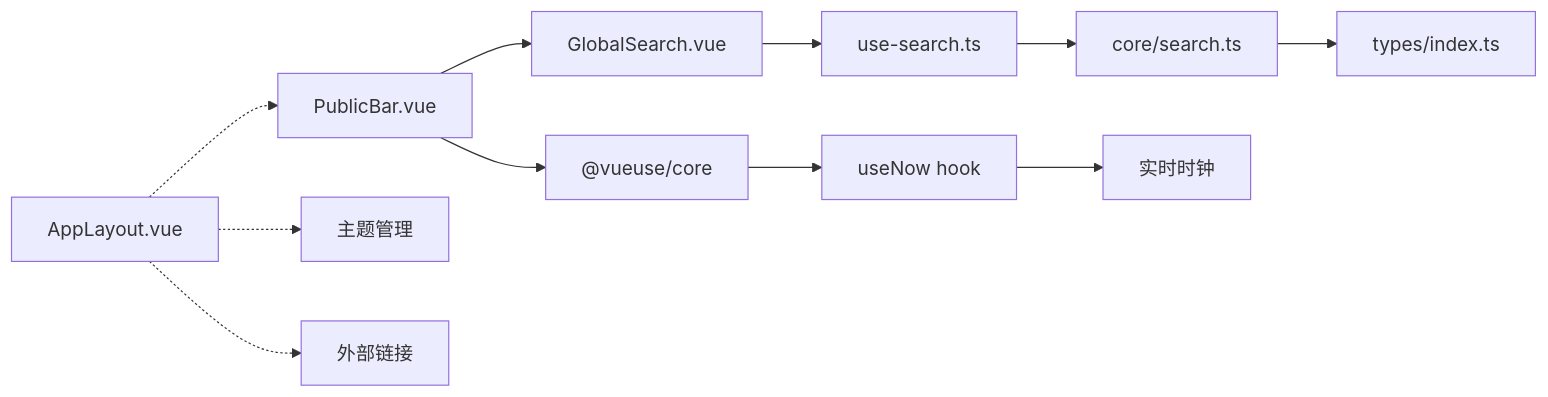
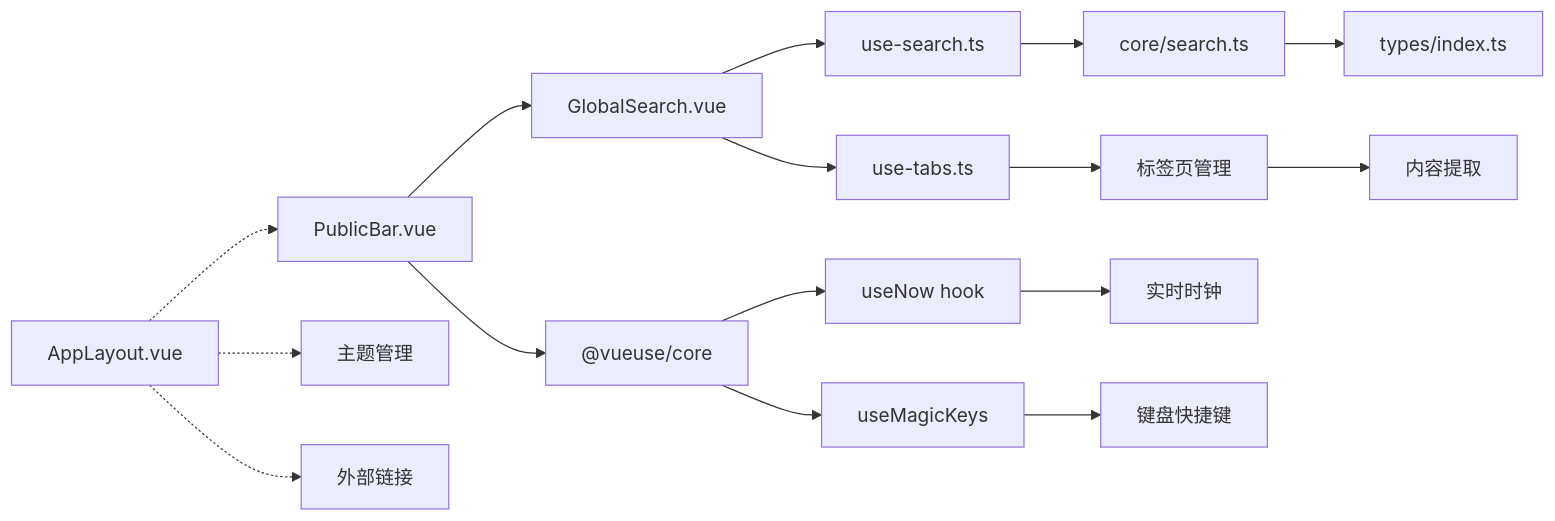
One commit to taoweidong/Hello-Tauri changed the seventh of 7 diagrams in .qoder/repowiki/zh/content/用户界面/核心组件/公共栏组件.md. Above: the diagram before and after it, drawn with Mermaid. The commit also changed other lines of this file and 67 other files, not shown here.

````diff
--- a/.qoder/repowiki/zh/content/用户界面/核心组件/公共栏组件.md
+++ b/.qoder/repowiki/zh/content/用户界面/核心组件/公共栏组件.md
@@ -292,13 +354,18 @@
 ```mermaid
 graph LR
 PB["PublicBar.vue"] --> GLS["GlobalSearch.vue"]
 PB --> VU["@vueuse/core"]
 GLS --> US["use-search.ts"]
+GLS --> TM["use-tabs.ts"]
 US --> SRCH["core/search.ts"]
 SRCH --> TY["types/index.ts"]
 AL["AppLayout.vue"] -.-> PB
 AL -.-> THM["主题管理"]
 AL -.-> EXT["外部链接"]
 VU --> NOW["useNow hook"]
+VU --> MAGIC["useMagicKeys"]
 NOW --> CLK["实时时钟"]
+MAGIC --> KB["键盘快捷键"]
+TM --> TABS["标签页管理"]
+TABS --> CONTENT["内容提取"]
 ```
````
